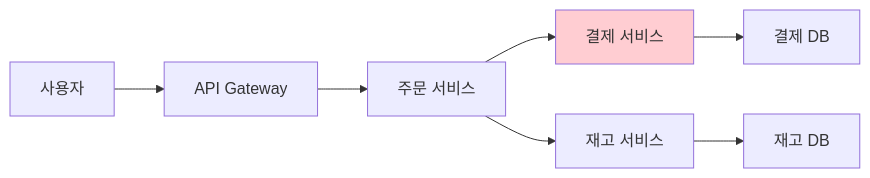
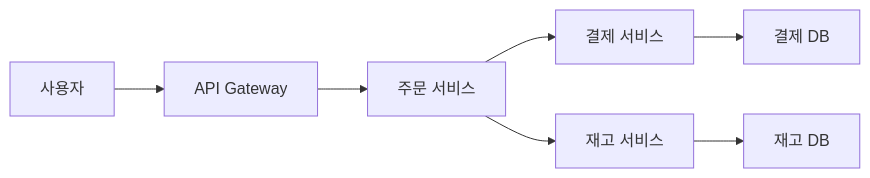
One commit to advanced-beginner/advanced-beginner.github.io changed the first of 6 diagrams in content/ko/docs/observability/concepts/distributed-tracing.md. Above: the diagram before and after it, drawn with Mermaid. The commit also changed other lines of this file and 89 other files, not shown here.

````diff
--- a/content/ko/docs/observability/concepts/distributed-tracing.md
+++ b/content/ko/docs/observability/concepts/distributed-tracing.md
@@ -46,11 +47,9 @@
 ```mermaid
 graph LR
     USER["사용자"] --> GW["API Gateway"]
     GW --> ORDER["주문 서비스"]
     ORDER --> PAYMENT["결제 서비스"]
     ORDER --> INVENTORY["재고 서비스"]
     PAYMENT --> DB1["결제 DB"]
     INVENTORY --> DB2["재고 DB"]
-
-    style PAYMENT fill:#ffcdd2
 ```
````
